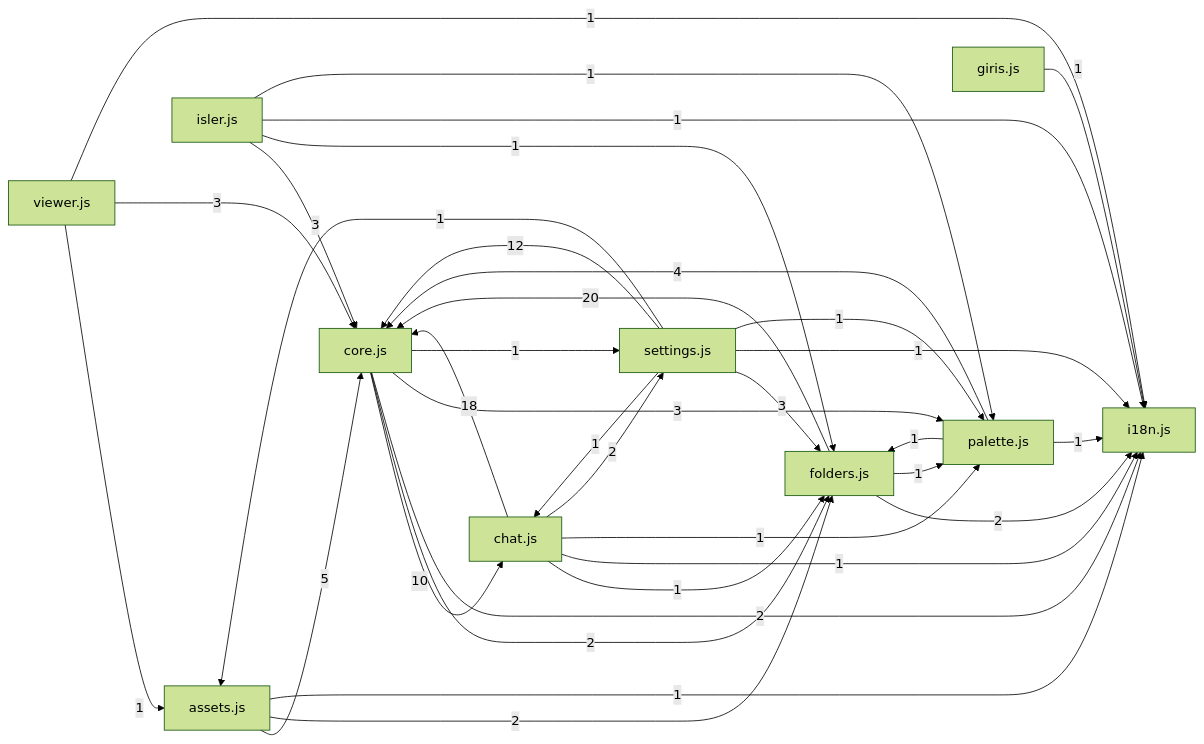
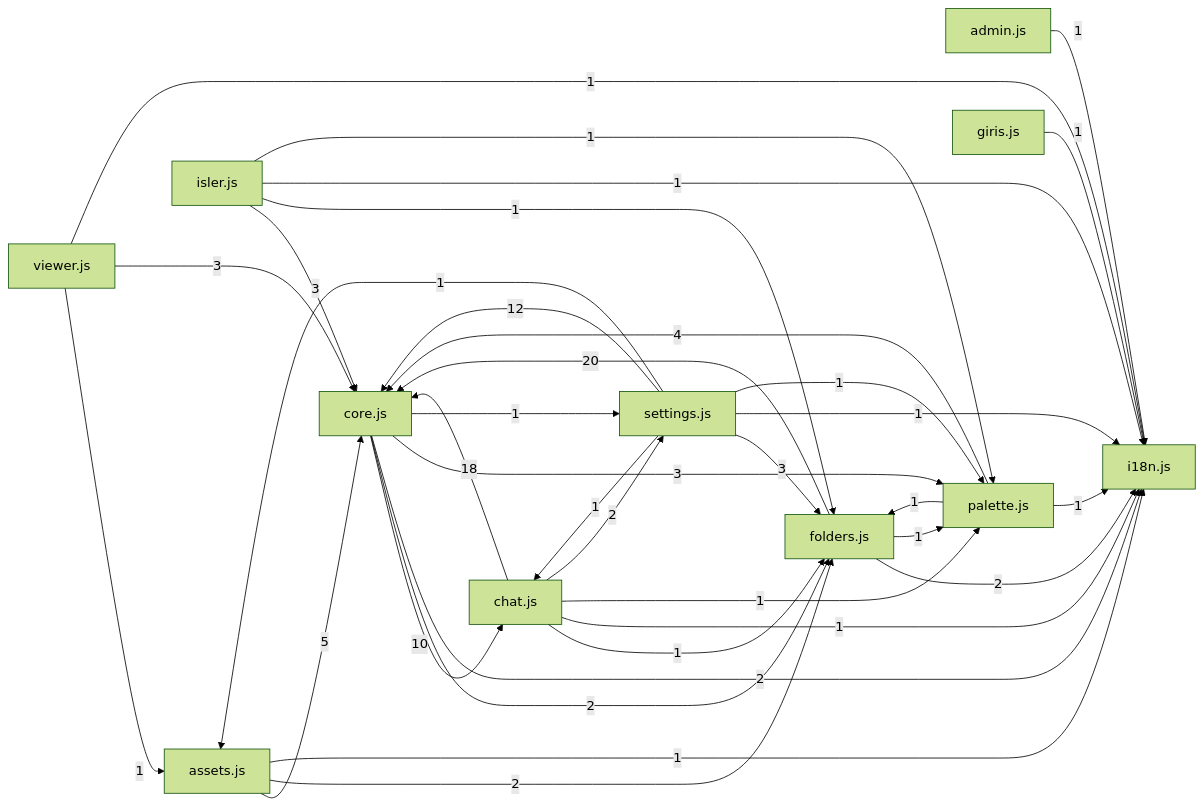
Before and after one commit to Zenginby/kromis: the diagram in docs/graflar/onyuz.md, drawn with Mermaid (forest theme). The commit also changed other lines of this file and 33 other files, not shown here.

````diff
--- a/docs/graflar/onyuz.md
+++ b/docs/graflar/onyuz.md
@@ -31,36 +32,37 @@
 ```mermaid
 flowchart LR
+  n_admin_js["admin.js"] -->|1| n_i18n_js["i18n.js"]
   n_assets_js["assets.js"] -->|5| n_core_js["core.js"]
   n_assets_js["assets.js"] -->|2| n_folders_js["folders.js"]
   n_assets_js["assets.js"] -->|1| n_i18n_js["i18n.js"]
   n_chat_js["chat.js"] -->|18| n_core_js["core.js"]
   n_chat_js["chat.js"] -->|1| n_folders_js["folders.js"]
   n_chat_js["chat.js"] -->|1| n_i18n_js["i18n.js"]
   n_chat_js["chat.js"] -->|1| n_palette_js["palette.js"]
   n_chat_js["chat.js"] -->|2| n_settings_js["settings.js"]
   n_core_js["core.js"] -->|10| n_chat_js["chat.js"]
   n_core_js["core.js"] -->|2| n_folders_js["folders.js"]
   n_core_js["core.js"] -->|2| n_i18n_js["i18n.js"]
   n_core_js["core.js"] -->|3| n_palette_js["palette.js"]
   n_core_js["core.js"] -->|1| n_settings_js["settings.js"]
   n_folders_js["folders.js"] -->|20| n_core_js["core.js"]
   n_folders_js["folders.js"] -->|2| n_i18n_js["i18n.js"]
   n_folders_js["folders.js"] -->|1| n_palette_js["palette.js"]
   n_giris_js["giris.js"] -->|1| n_i18n_js["i18n.js"]
   n_isler_js["isler.js"] -->|3| n_core_js["core.js"]
   n_isler_js["isler.js"] -->|1| n_folders_js["folders.js"]
   n_isler_js["isler.js"] -->|1| n_i18n_js["i18n.js"]
   n_isler_js["isler.js"] -->|1| n_palette_js["palette.js"]
   n_palette_js["palette.js"] -->|4| n_core_js["core.js"]
   n_palette_js["palette.js"] -->|1| n_folders_js["folders.js"]
   n_palette_js["palette.js"] -->|1| n_i18n_js["i18n.js"]
   n_settings_js["settings.js"] -->|1| n_assets_js["assets.js"]
   n_settings_js["settings.js"] -->|1| n_chat_js["chat.js"]
   n_settings_js["settings.js"] -->|12| n_core_js["core.js"]
   n_settings_js["settings.js"] -->|3| n_folders_js["folders.js"]
   n_settings_js["settings.js"] -->|1| n_i18n_js["i18n.js"]
   n_settings_js["settings.js"] -->|1| n_palette_js["palette.js"]
   n_viewer_js["viewer.js"] -->|1| n_assets_js["assets.js"]
   n_viewer_js["viewer.js"] -->|3| n_core_js["core.js"]
   n_viewer_js["viewer.js"] -->|1| n_i18n_js["i18n.js"]
 ```
````
